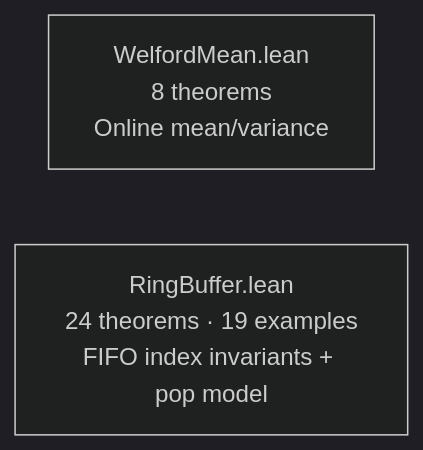
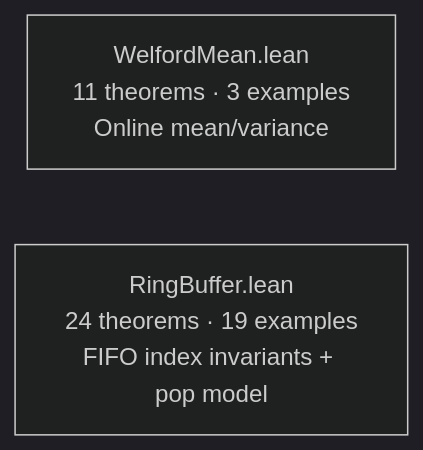
One commit to dsyme/PX4-Autopilot changed the seventh of 12 diagrams in formal-verification/REPORT.md. Above: the diagram before and after it, drawn with Mermaid (dark theme). The commit also changed other lines of this file and 1 other file, not shown here.

First line of the commit message:
docs(formal-verification): update REPORT.md to 214 theorems; add Hysteresis informal spec

````diff
--- a/formal-verification/REPORT.md
+++ b/formal-verification/REPORT.md
@@ -143,5 +174,5 @@
 ```mermaid
 graph LR
-    WM["WelfordMean.lean<br/>8 theorems<br/>Online mean/variance"]
+    WM["WelfordMean.lean<br/>11 theorems · 3 examples<br/>Online mean/variance"]
     RB["RingBuffer.lean<br/>24 theorems · 19 examples<br/>FIFO index invariants + pop model"]
 ```
````
